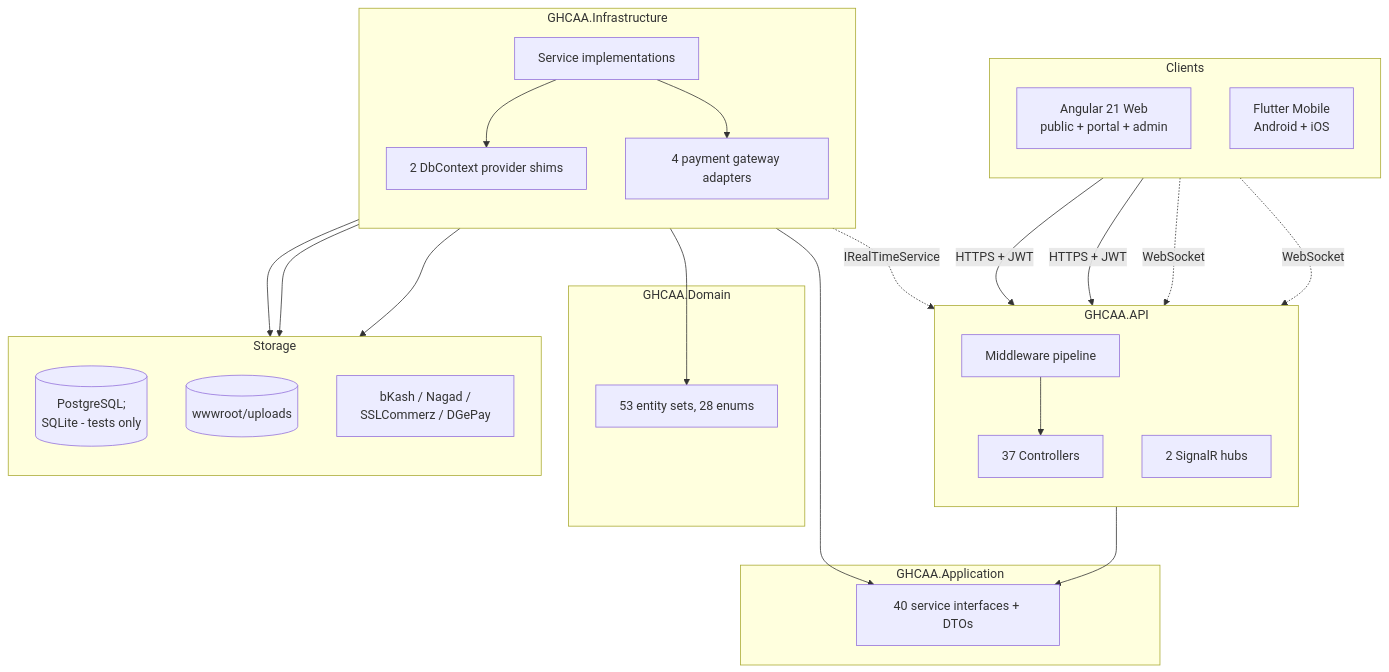
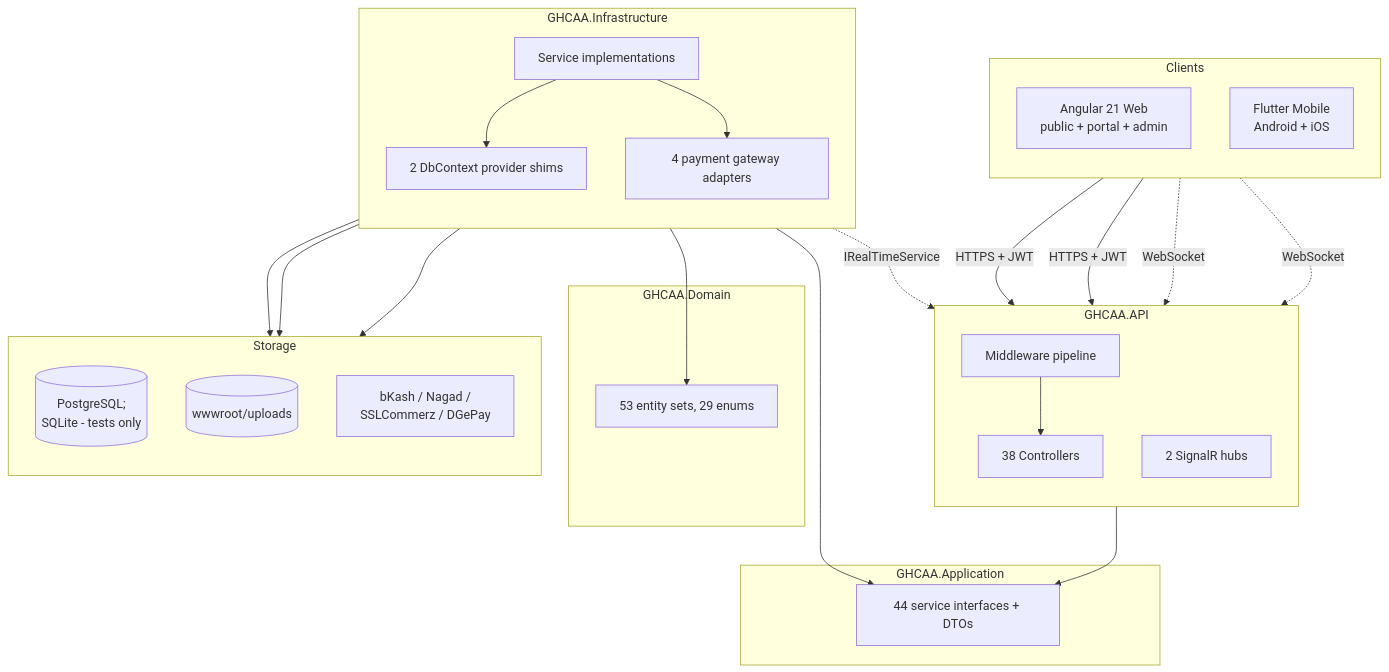
One commit to shalin-rahman/GHCAA changed the first of 13 diagrams in docs/book/06-architecture.md. Above: the diagram before and after it, drawn with Mermaid. The commit also changed other lines of this file and 10 other files, not shown here.

First line of the commit message:
Update documentation to reflect changes in API and database schema

````diff
--- a/docs/book/06-architecture.md
+++ b/docs/book/06-architecture.md
@@ -615,44 +617,44 @@
 ```mermaid
 flowchart TB
     subgraph Clients
       direction TB
       WEB[Angular 21 Web<br/>public + portal + admin]
       MOB[Flutter Mobile<br/>Android + iOS]
     end
     subgraph API_L["GHCAA.API"]
       direction TB
       MW[Middleware pipeline]
-      CTRL[37 Controllers]
+      CTRL[38 Controllers]
       HUB[2 SignalR hubs]
     end
     subgraph APP_L["GHCAA.Application"]
-      IFACE[40 service interfaces + DTOs]
+      IFACE[44 service interfaces + DTOs]
     end
     subgraph INF_L["GHCAA.Infrastructure"]
       direction TB
       SVC[Service implementations]
       GW[4 payment gateway adapters]
       DBC[2 DbContext provider shims]
     end
     subgraph DOM_L["GHCAA.Domain"]
-      ENT[53 entity sets, 28 enums]
+      ENT[53 entity sets, 29 enums]
     end
     subgraph STORE["Storage"]
       direction TB
       DB[(PostgreSQL;<br/>SQLite - tests only)]
       FS[(wwwroot/uploads)]
       EXT[bKash / Nagad /<br/>SSLCommerz / DGePay]
     end
     WEB -->|HTTPS + JWT| MW
     MOB -->|HTTPS + JWT| MW
     WEB -.->|WebSocket| HUB
     MOB -.->|WebSocket| HUB
     MW --> CTRL --> IFACE
     SVC --> IFACE
     SVC --> ENT
     SVC --> DBC --> DB
     SVC --> FS
     GW --> EXT
     SVC --> GW
     SVC -.->|IRealTimeService| HUB
 ```
````
